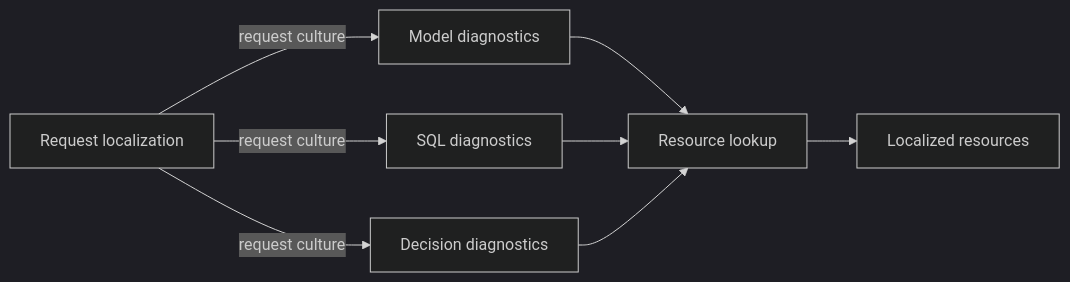
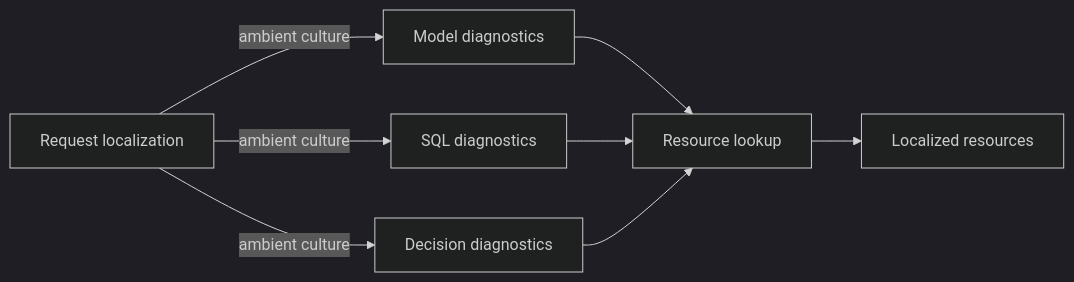
Before and after one commit to alissonsol/yuruna: the fourth of 4 diagrams in docs/design/07-globalization.md, drawn with Mermaid (dark theme). The commit also changed other lines of this file and 1371 other files, not shown here.

````diff
--- a/docs/design/07-globalization.md
+++ b/docs/design/07-globalization.md
@@ -174,16 +211,16 @@
 ```mermaid
 flowchart LR
     program-cs["Request localization"]
     llm-http-retry-cs["Model diagnostics"]
     sql-validator-cs["SQL diagnostics"]
     i-llm-client-cs["Decision diagnostics"]
     service-messages-cs["Resource lookup"]
     service-messages-resx["Localized resources"]
-    program-cs -->|request culture| llm-http-retry-cs
-    program-cs -->|request culture| sql-validator-cs
-    program-cs -->|request culture| i-llm-client-cs
+    program-cs -->|ambient culture| llm-http-retry-cs
+    program-cs -->|ambient culture| sql-validator-cs
+    program-cs -->|ambient culture| i-llm-client-cs
     llm-http-retry-cs --> service-messages-cs
     sql-validator-cs --> service-messages-cs
     i-llm-client-cs --> service-messages-cs
     service-messages-cs --> service-messages-resx
 ```
````
